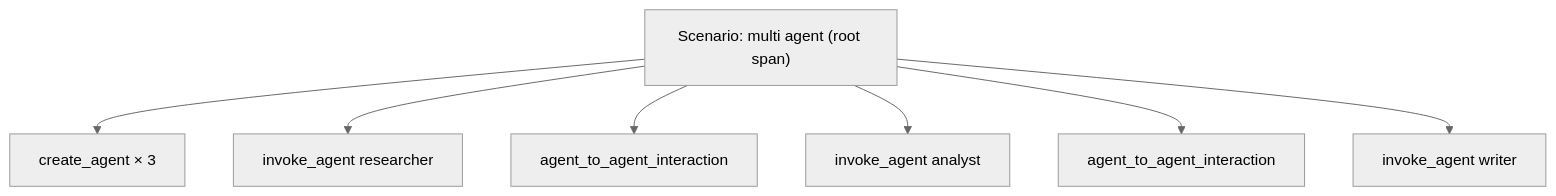
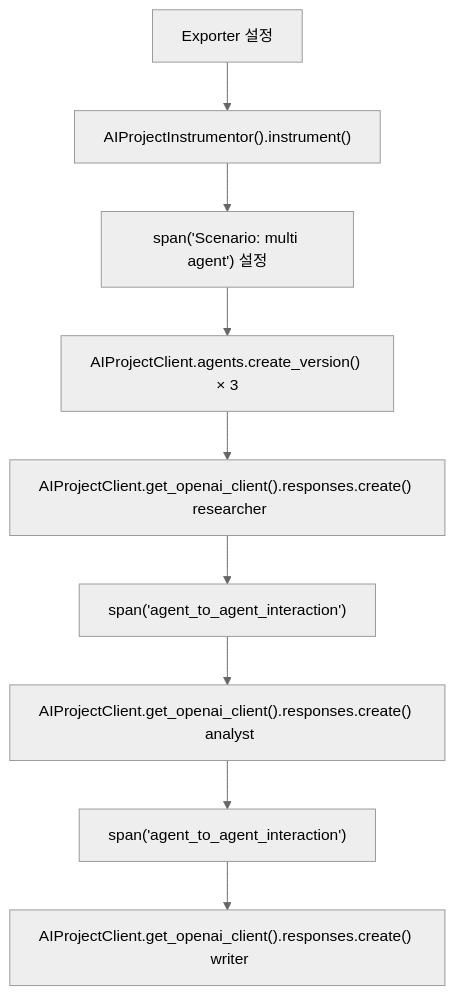
Before and after one commit to ivorycloud1013/lab-azure-hol-ai-services: diagram 14 of 16 in python/README.md, drawn with Mermaid.

Commit message:
docs: multi 스크립트의 mermaid 를 single 과 같은 관점으로 다시 그린다

````diff
--- a/python/README.md
+++ b/python/README.md
@@ -662,10 +662,5 @@
 ```mermaid
 %%{init: {"theme": "neutral"}}%%
 flowchart TB
-    ROOT["Scenario: multi agent (root span)"] --> C["create_agent × 3"]
-    ROOT --> R["invoke_agent researcher"]
-    ROOT --> H1["agent_to_agent_interaction"]
-    ROOT --> A["invoke_agent analyst"]
-    ROOT --> H2["agent_to_agent_interaction"]
-    ROOT --> W["invoke_agent writer"]
+    SETUP["Exporter 설정"] --> INST["AIProjectInstrumentor().instrument()"] --> ROOT["span('Scenario: multi agent') 설정"] --> C["AIProjectClient.agents.create_version() × 3"] --> R["AIProjectClient.get_openai_client().responses.create() </br> researcher"] --> H1["span('agent_to_agent_interaction')"] --> A["AIProjectClient.get_openai_client().responses.create() </br> analyst"] --> H2["span('agent_to_agent_interaction')"] --> W["AIProjectClient.get_openai_client().responses.create() </br> writer"]
 ```
````
